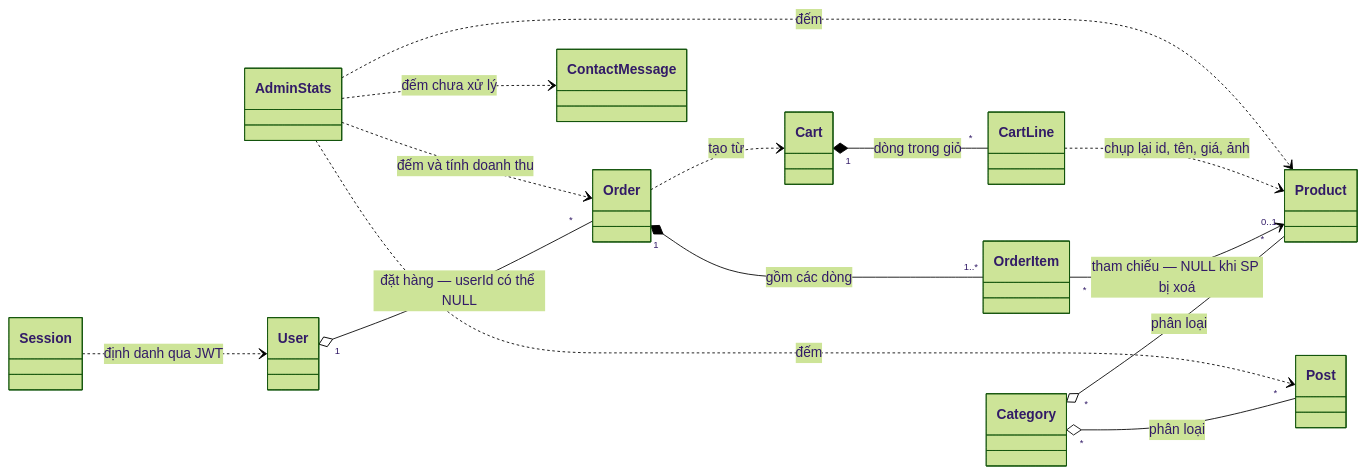
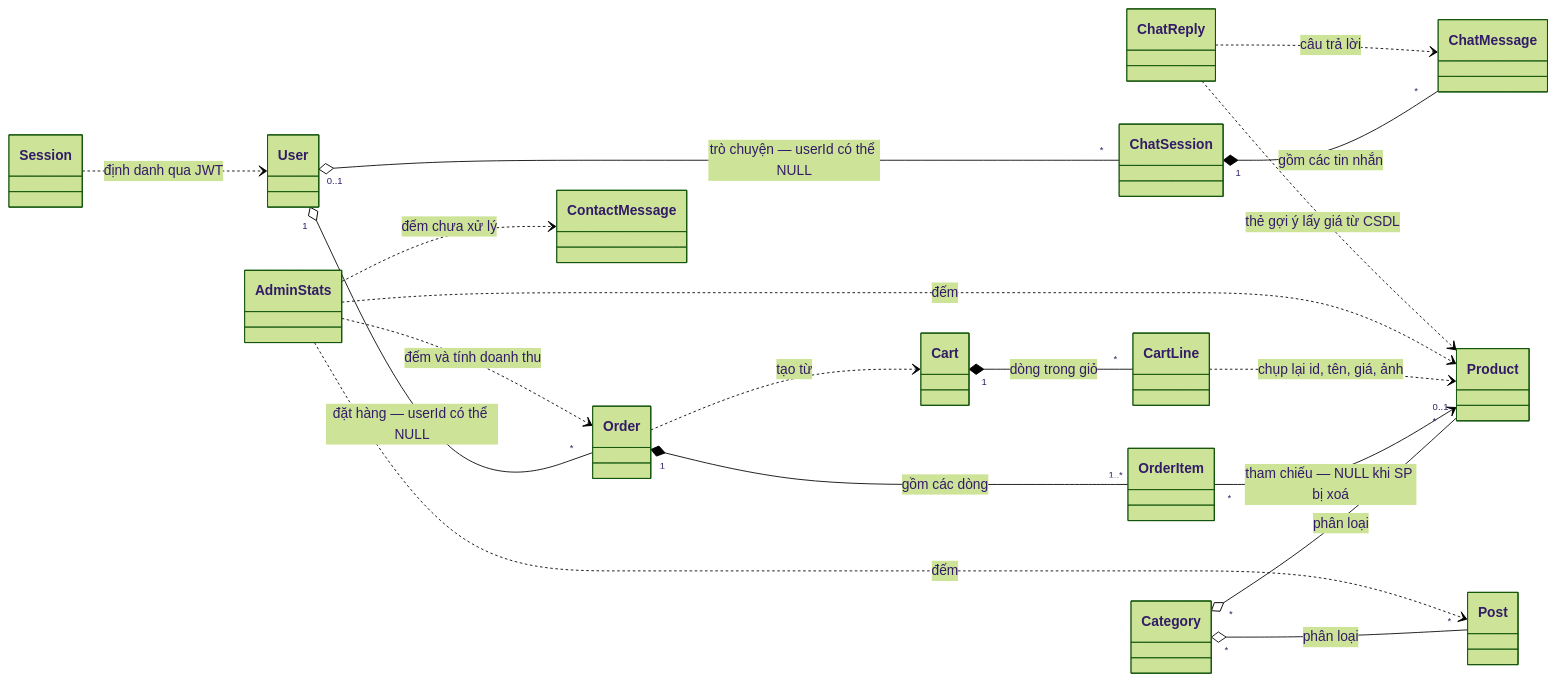
Before and after one commit to ngvuowng/doan: diagram 42 of 51 in docs/SRS.md, drawn with Mermaid (forest theme). The commit also changed other lines of this file and 1 other file, not shown here.

````diff
--- a/docs/SRS.md
+++ b/docs/SRS.md
@@ -1966,21 +2149,26 @@
 ```mermaid
 classDiagram
     direction LR
 
     Category "*" o-- "*" Product : phân loại
     Category "*" o-- "*" Post : phân loại
     User "1" o-- "*" Order : đặt hàng — userId có thể NULL
     Order "1" *-- "1..*" OrderItem : gồm các dòng
     OrderItem "*" --> "0..1" Product : tham chiếu — NULL khi SP bị xoá
 
     Cart "1" *-- "*" CartLine : dòng trong giỏ
     CartLine ..> Product : chụp lại id, tên, giá, ảnh
     Order ..> Cart : tạo từ
 
     AdminStats ..> Product : đếm
     AdminStats ..> Order : đếm và tính doanh thu
     AdminStats ..> Post : đếm
     AdminStats ..> ContactMessage : đếm chưa xử lý
 
     Session ..> User : định danh qua JWT
+
+    User "0..1" o-- "*" ChatSession : trò chuyện — userId có thể NULL
+    ChatSession "1" *-- "*" ChatMessage : gồm các tin nhắn
+    ChatReply ..> ChatMessage : câu trả lời
+    ChatReply ..> Product : thẻ gợi ý lấy giá từ CSDL
 ```
````
